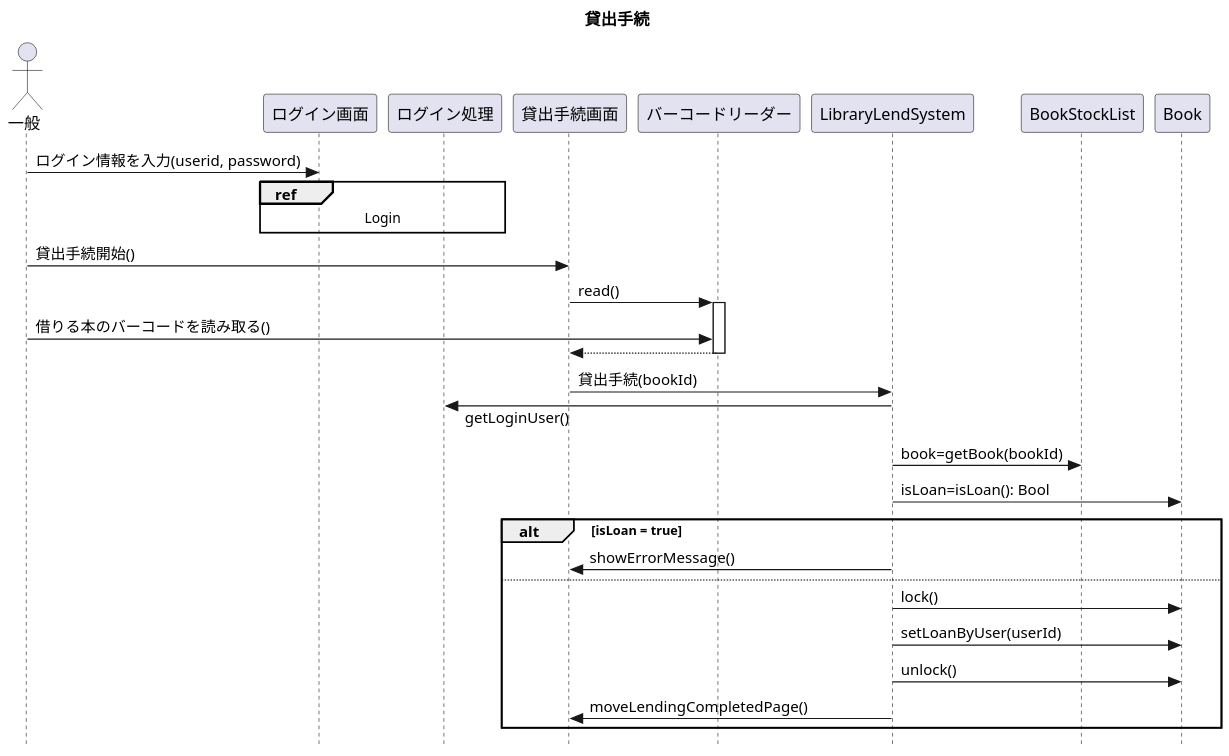
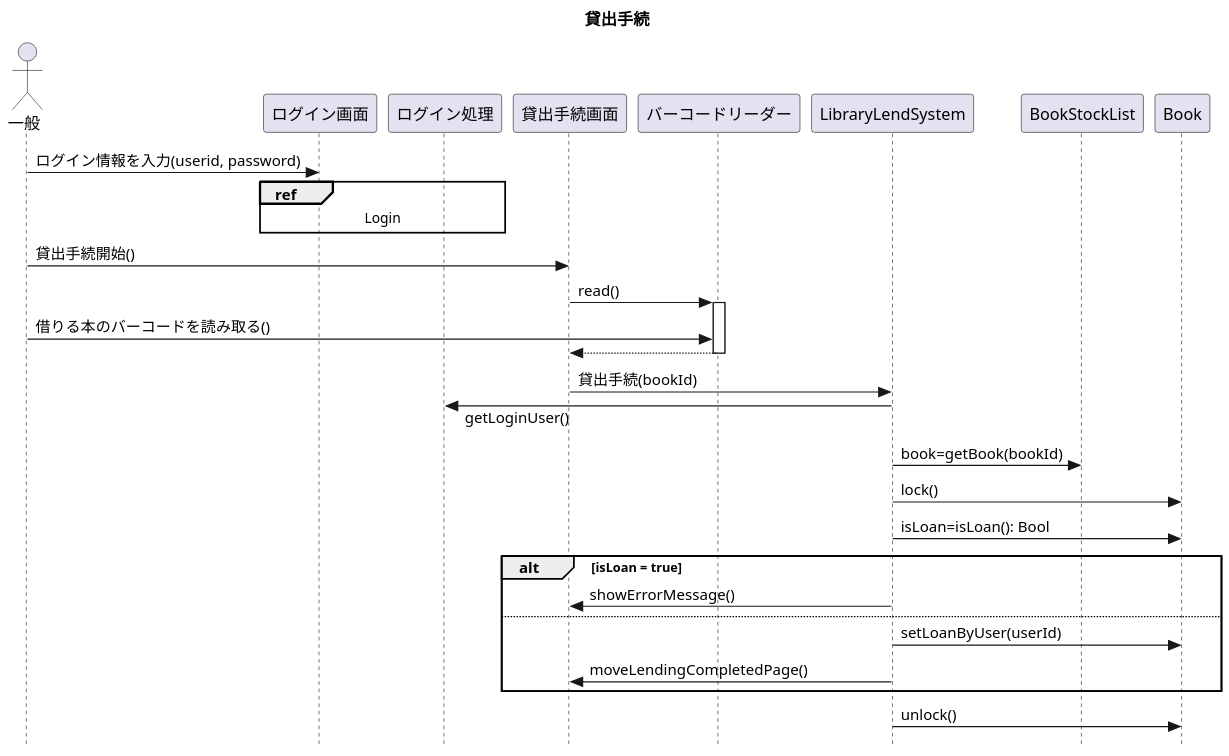
The third of 7 diagrams in sequence.pu (Romira915/AdvancedSoftwareEngineering3-Task), drawn with PlantUML before and after one commit. The commit also changed other lines of this file, not shown here.

```diff
--- a/sequence.pu
+++ b/sequence.pu
@@ -77,40 +77,40 @@
 @startuml 貸出手続
 
 title 貸出手続
 skinparam dpi 150
 skinparam responseMessageBelowArrow true
 skinparam style strictuml
 
 actor 一般 as user
 participant ログイン画面 as LoginDisplay
 participant ログイン処理 as LoginProcess
 participant 貸出手続画面 as LendingDisplay
 participant バーコードリーダー as BarcodeReader
 participant LibraryLendSystem
 
 user -> LoginDisplay : ログイン情報を入力(userid, password)
 ref over LoginDisplay, LoginProcess : Login
 
 user -> LendingDisplay : 貸出手続開始()
 LendingDisplay -> BarcodeReader : read()
 activate BarcodeReader
 user -> BarcodeReader : 借りる本のバーコードを読み取る()
 LendingDisplay <-- BarcodeReader
 deactivate
 
 LendingDisplay -> LibraryLendSystem : 貸出手続(bookId)
 LoginProcess <- LibraryLendSystem : getLoginUser()
 
 LibraryLendSystem -> BookStockList : book=getBook(bookId)
+
+LibraryLendSystem -> Book : lock()
 LibraryLendSystem -> Book : isLoan=isLoan(): Bool
-
 alt isLoan = true
     LibraryLendSystem -> LendingDisplay : showErrorMessage()
 else 
-    LibraryLendSystem -> Book : lock()
     LibraryLendSystem -> Book : setLoanByUser(userId)
-    LibraryLendSystem -> Book : unlock()
     LibraryLendSystem -> LendingDisplay : moveLendingCompletedPage()
 end
+LibraryLendSystem -> Book : unlock()
 
 @enduml 
```
